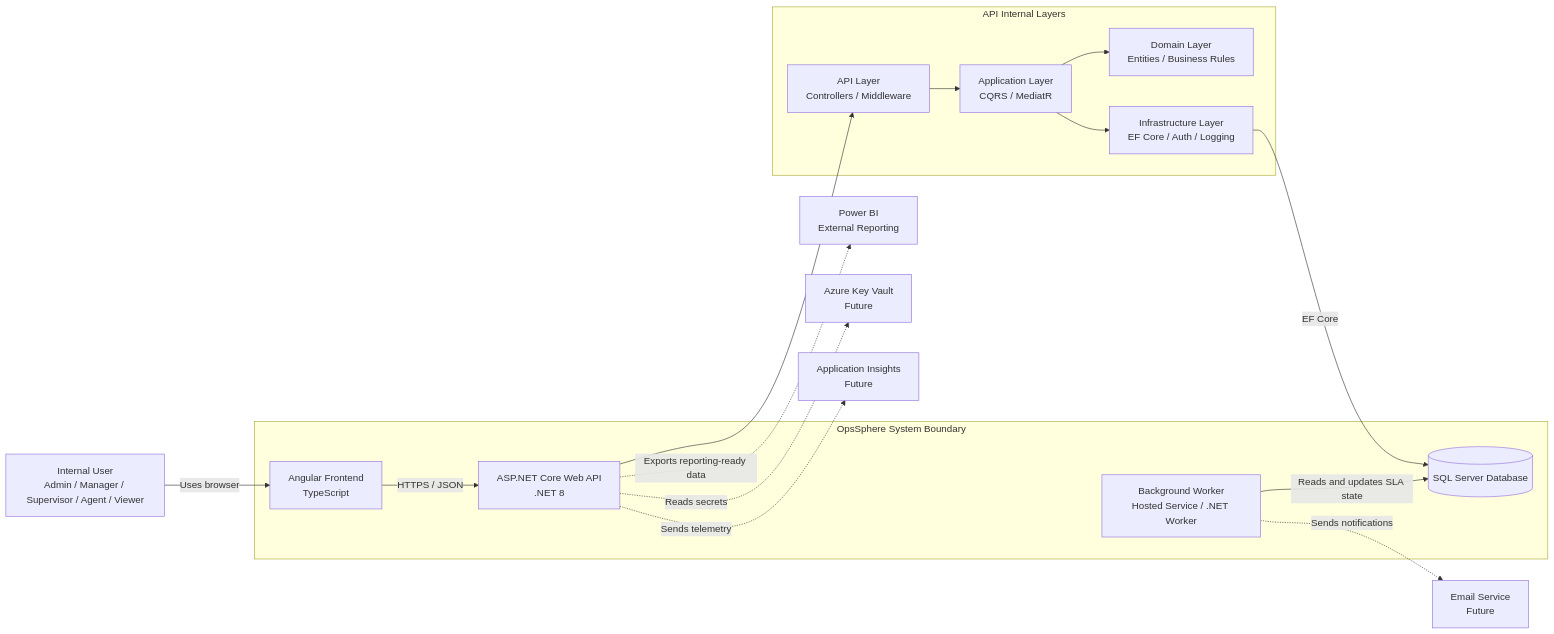
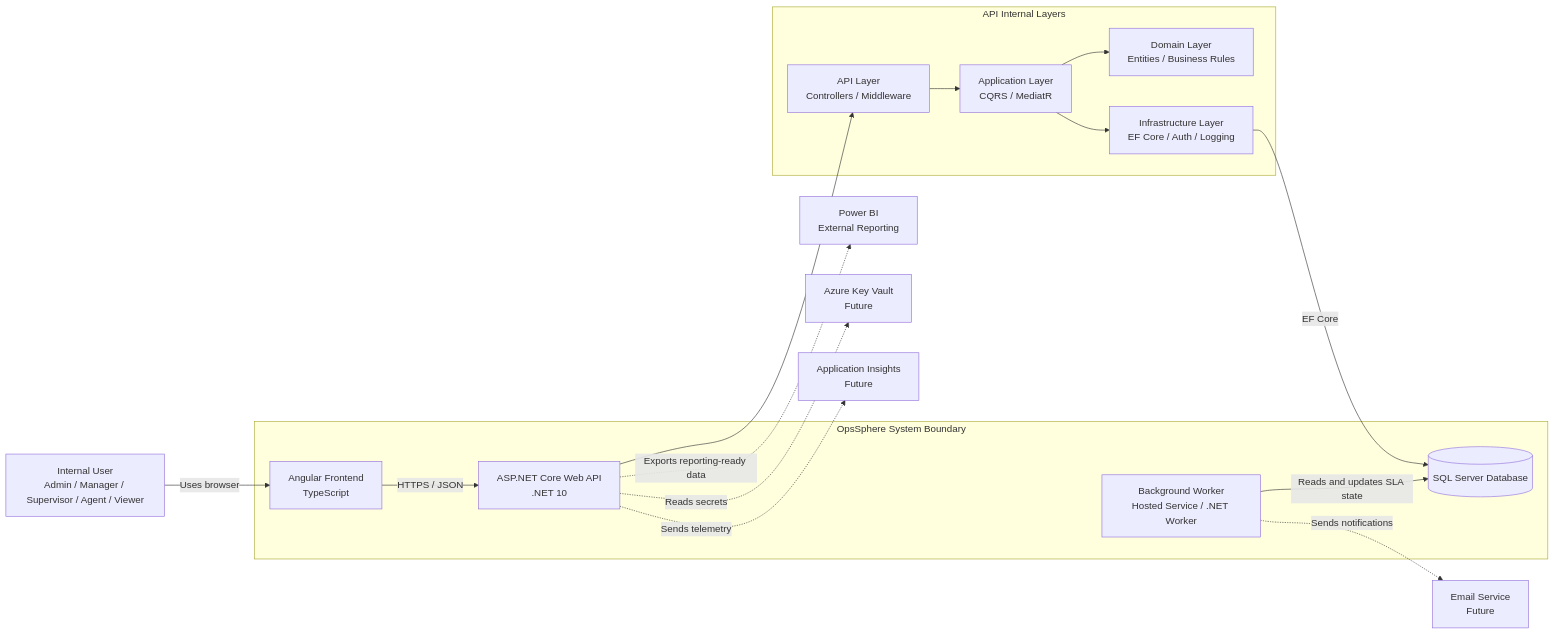
The second of 3 diagrams in docs/12-c4-architecture.md (froblerom/opssphere), drawn with Mermaid before and after one commit. The commit also changed other lines of this file and 51 other files, not shown here.

Commit message:
feat: scaffold backend Clean Architecture solution

````diff
--- a/docs/12-c4-architecture.md
+++ b/docs/12-c4-architecture.md
@@ -887,39 +887,39 @@
 ```mermaid
 flowchart LR
     User[Internal User<br/>Admin / Manager / Supervisor / Agent / Viewer]
 
     subgraph OpsSphere[OpsSphere System Boundary]
         Frontend[Angular Frontend<br/>TypeScript]
-        Api[ASP.NET Core Web API<br/>.NET 8]
+        Api[ASP.NET Core Web API<br/>.NET 10]
         Worker[Background Worker<br/>Hosted Service / .NET Worker]
         Database[(SQL Server Database)]
     end
 
     subgraph ApiLayers[API Internal Layers]
         ApiLayer[API Layer<br/>Controllers / Middleware]
         AppLayer[Application Layer<br/>CQRS / MediatR]
         DomainLayer[Domain Layer<br/>Entities / Business Rules]
         InfraLayer[Infrastructure Layer<br/>EF Core / Auth / Logging]
     end
 
     Email[Email Service<br/>Future]
     PowerBI[Power BI<br/>External Reporting]
     KeyVault[Azure Key Vault<br/>Future]
     AppInsights[Application Insights<br/>Future]
 
     User -->|Uses browser| Frontend
     Frontend -->|HTTPS / JSON| Api
 
     Api --> ApiLayer
     ApiLayer --> AppLayer
     AppLayer --> DomainLayer
     AppLayer --> InfraLayer
     InfraLayer -->|EF Core| Database
 
     Worker -->|Reads and updates SLA state| Database
     Worker -.->|Sends notifications| Email
 
     Api -.->|Exports reporting-ready data| PowerBI
     Api -.->|Reads secrets| KeyVault
     Api -.->|Sends telemetry| AppInsights
 ```
````
